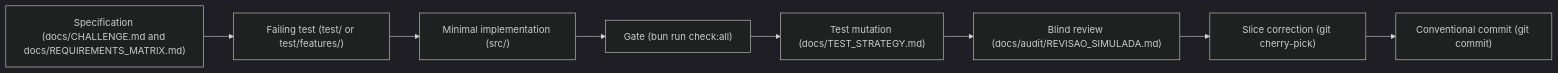
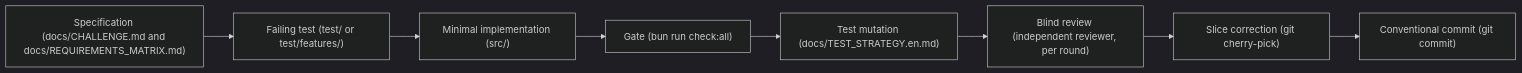
The diagram in README.en.md (dedeusgui/backend-challenge), drawn with Mermaid (dark theme) before and after one commit. The commit also changed other lines of this file and 1 other file, not shown here.

````diff
--- a/README.en.md
+++ b/README.en.md
@@ -61,10 +96,10 @@
 ```mermaid
 flowchart LR
     A["Specification (docs/CHALLENGE.md and docs/REQUIREMENTS_MATRIX.md)"] --> B["Failing test (test/ or test/features/)"]
     B --> C["Minimal implementation (src/)"]
     C --> D["Gate (bun run check:all)"]
-    D --> E["Test mutation (docs/TEST_STRATEGY.md)"]
-    E --> F["Blind review (docs/audit/REVISAO_SIMULADA.md)"]
+    D --> E["Test mutation (docs/TEST_STRATEGY.en.md)"]
+    E --> F["Blind review (independent reviewer, per round)"]
     F --> G["Slice correction (git cherry-pick)"]
     G --> H["Conventional commit (git commit)"]
 ```
````
